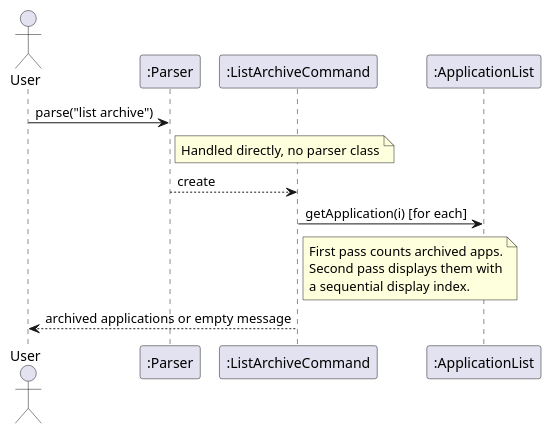
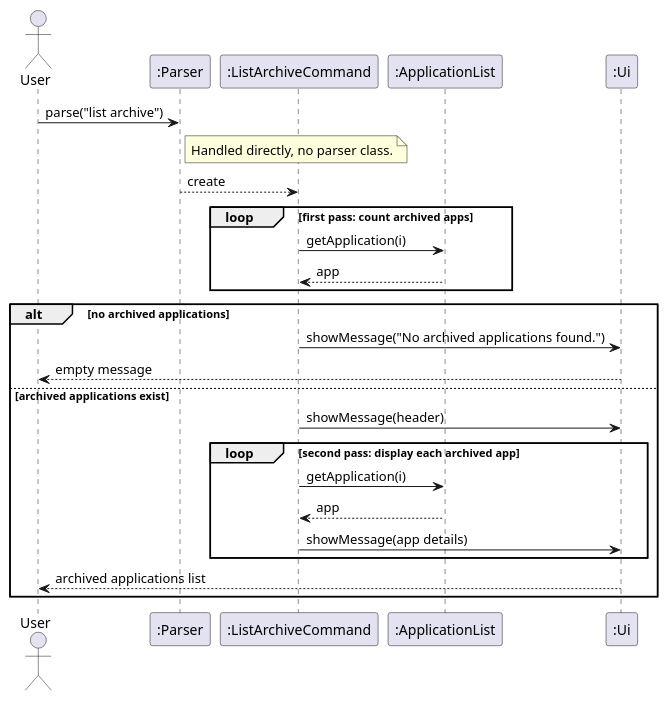
One commit to eugenia-cnl-lee/tp changed the diagram in docs/diagrams/AaravListArchiveCommandSequence.puml. Above: the diagram before and after it, drawn with PlantUML. The commit also changed 12 other files, not shown here.

Commit message:
fix Developer Guide and diagrams

```diff
--- a/docs/diagrams/AaravListArchiveCommandSequence.puml
+++ b/docs/diagrams/AaravListArchiveCommandSequence.puml
@@ -1,18 +1,29 @@
 @startuml
 actor User
 participant ":Parser" as P
 participant ":ListArchiveCommand" as LAC
 participant ":ApplicationList" as AL
+participant ":Ui" as UI
 
 User -> P : parse("list archive")
-note right of P : Handled directly, no parser class
+note right of P : Handled directly, no parser class.
 P --> LAC : create
 
-LAC -> AL : getApplication(i) [for each]
-note right of LAC
-  First pass counts archived apps.
-  Second pass displays them with
-  a sequential display index.
-end note
-LAC --> User : archived applications or empty message
+loop first pass: count archived apps
+    LAC -> AL : getApplication(i)
+    AL --> LAC : app
+end
+
+alt no archived applications
+    LAC -> UI : showMessage("No archived applications found.")
+    UI --> User : empty message
+else archived applications exist
+    LAC -> UI : showMessage(header)
+    loop second pass: display each archived app
+        LAC -> AL : getApplication(i)
+        AL --> LAC : app
+        LAC -> UI : showMessage(app details)
+    end
+    UI --> User : archived applications list
+end
 @enduml
```
